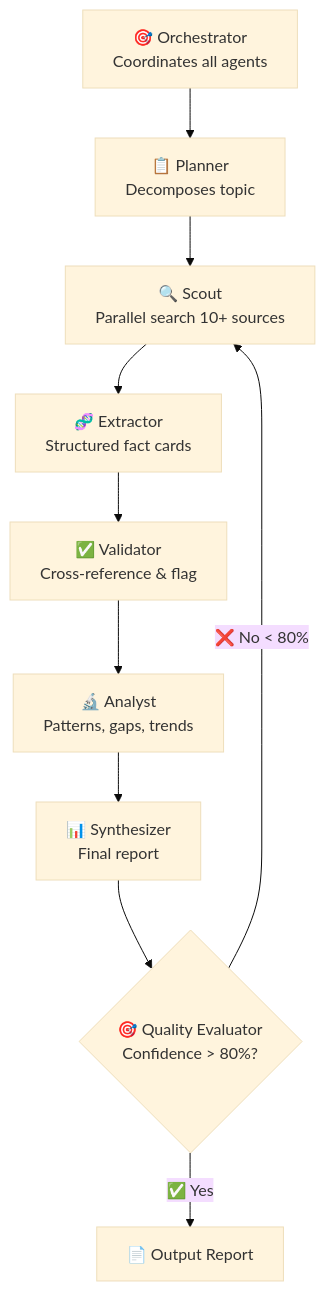
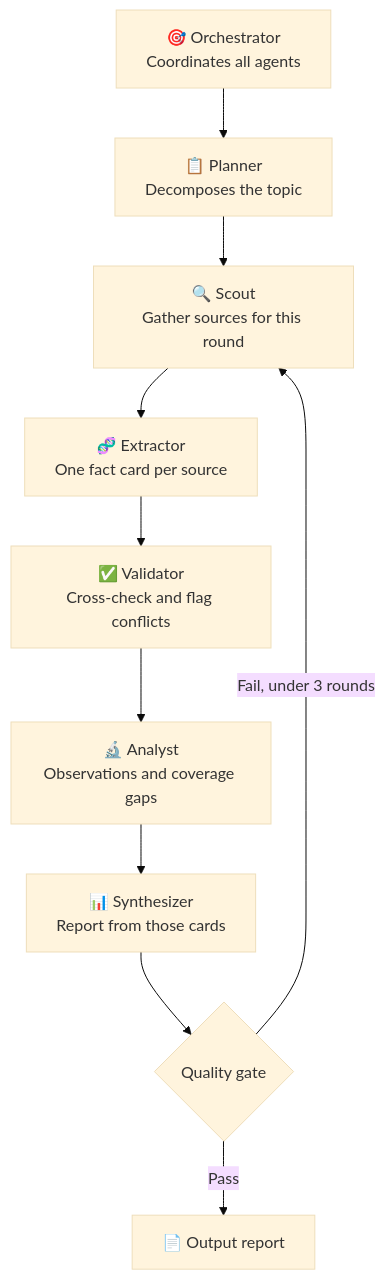
The diagram in README.md (Shanguier/ideascout), drawn with Mermaid (base theme) before and after one commit. The commit also changed other lines of this file and 10 other files, not shown here.

````diff
--- a/README.md
+++ b/README.md
@@ -14,12 +16,12 @@
 ```mermaid
 flowchart TB
-    A["🎯 Orchestrator<br/>Coordinates all agents"] --> B["📋 Planner<br/>Decomposes topic"]
-    B --> C["🔍 Scout<br/>Parallel search 10+ sources"]
-    C --> D["🧬 Extractor<br/>Structured fact cards"]
-    D --> E["✅ Validator<br/>Cross-reference & flag"]
-    E --> F["🔬 Analyst<br/>Patterns, gaps, trends"]
-    F --> G["📊 Synthesizer<br/>Final report"]
-    G --> H{"🎯 Quality Evaluator<br/>Confidence > 80%?"}
-    H -->|"✅ Yes"| I["📄 Output Report"]
-    H -->|"❌ No < 80%"| C
+    A["🎯 Orchestrator<br/>Coordinates all agents"] --> B["📋 Planner<br/>Decomposes the topic"]
+    B --> C["🔍 Scout<br/>Gather sources for this round"]
+    C --> D["🧬 Extractor<br/>One fact card per source"]
+    D --> E["✅ Validator<br/>Cross-check and flag conflicts"]
+    E --> F["🔬 Analyst<br/>Observations and coverage gaps"]
+    F --> G["📊 Synthesizer<br/>Report from those cards"]
+    G --> H{"Quality gate"}
+    H -->|"Pass"| I["📄 Output report"]
+    H -->|"Fail, under 3 rounds"| C
 ```
````
